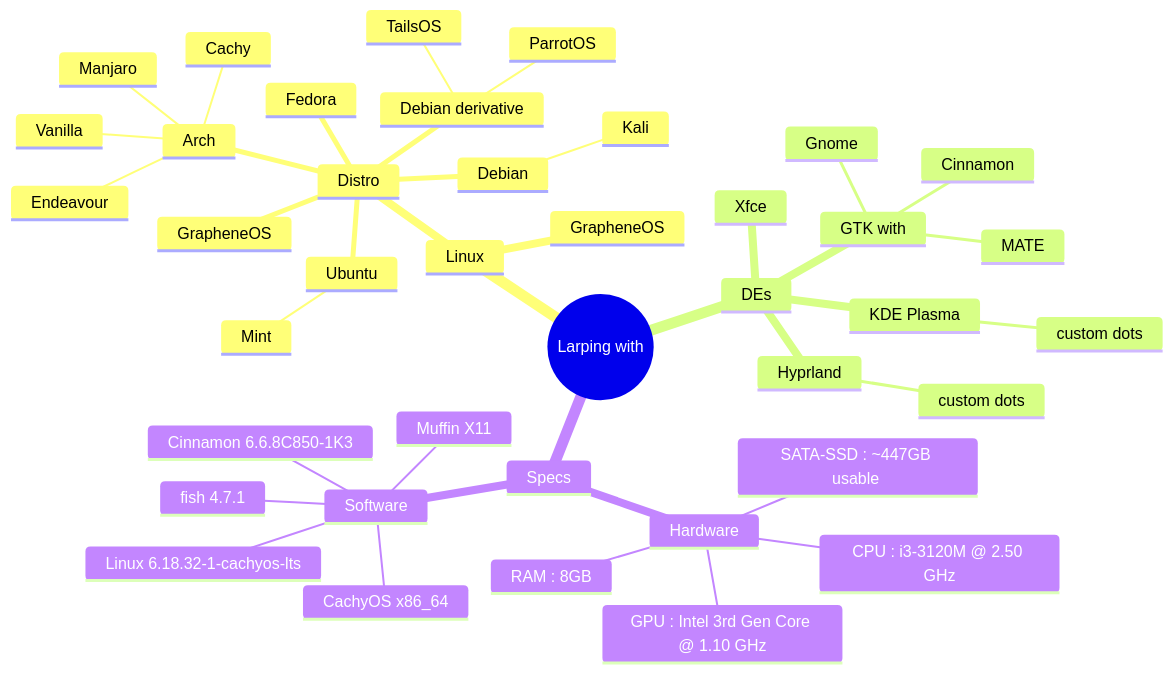
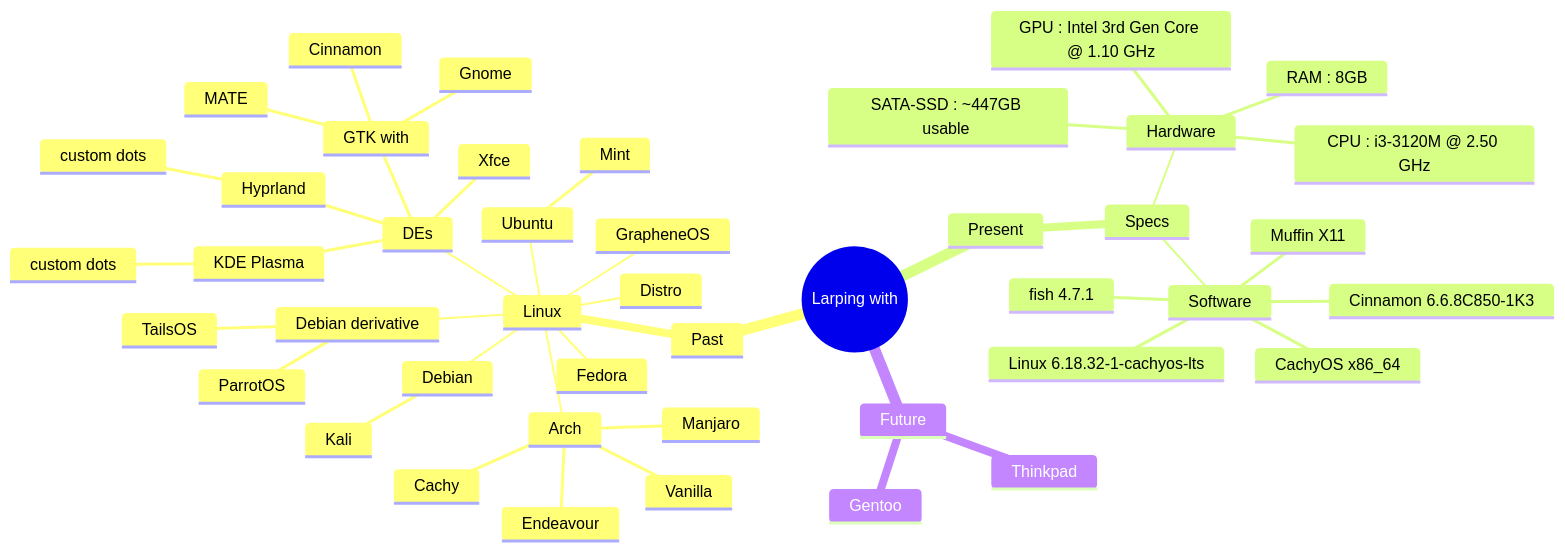
The diagram in README.md (Chintanpatel24/Chintanpatel24), drawn with Mermaid before and after one commit.

````diff
--- a/README.md
+++ b/README.md
@@ -4,44 +4,48 @@
 ```mermaid
 mindmap
- root((Larping with))
-  Linux
-   GrapheneOS
-   Distro
+root((Larping with))
+ Past
+   Linux
     GrapheneOS
+    Distro
     Arch
       Endeavour
       Vanilla
       Cachy
       Manjaro
     Debian
       Kali
     Ubuntu
       Mint
     Fedora
     Debian derivative
       ParrotOS
       TailsOS
-  DEs
+    DEs
       Xfce
       KDE Plasma
        custom dots
       Hyprland
-        custom dots
+       custom dots
       GTK with
        Cinnamon
        Gnome
        MATE
-  Specs
+ Present
+   Specs
     Hardware     
       GPU : Intel 3rd Gen Core @ 1.10 GHz
       CPU : i3-3120M @ 2.50 GHz
       RAM : 8GB
       SATA-SSD : ~447GB usable 
     Software
       CachyOS x86_64
       Muffin X11
       Cinnamon 6.6.8C850-1K3
       fish 4.7.1
       Linux 6.18.32-1-cachyos-lts
-      
+ Future
+  Thinkpad
+  Gentoo
+
 ```
````
